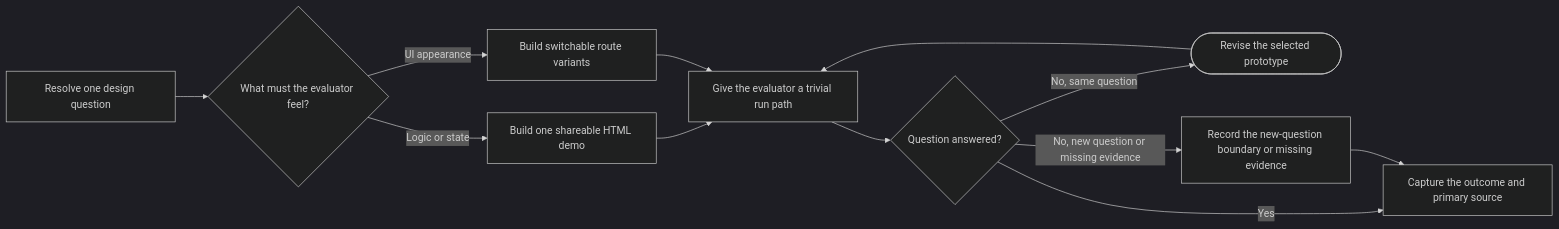
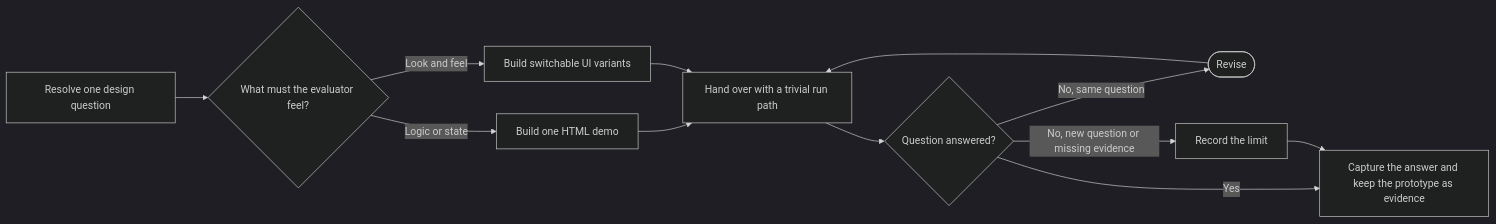
The diagram in plugin/skills/ptlam-prototyping/SKILL.md (fam-tung-lam/ptlam-agent-plugin), drawn with Mermaid (dark theme) before and after one commit. The commit also changed other lines of this file and 1734 other files, not shown here.

````diff
--- a/plugin/skills/ptlam-prototyping/SKILL.md
+++ b/plugin/skills/ptlam-prototyping/SKILL.md
@@ -17,14 +15,14 @@
 ```mermaid
 flowchart LR
     ResolveQuestion["Resolve one design question"] --> ChooseBranch{"What must the evaluator feel?"}
-    ChooseBranch -->|"Logic or state"| BuildLogic["Build one shareable HTML demo"]
-    ChooseBranch -->|"UI appearance"| BuildUiVariants["Build switchable route variants"]
-    BuildLogic --> HandOver["Give the evaluator a trivial run path"]
+    ChooseBranch -->|"Logic or state"| BuildLogic["Build one HTML demo"]
+    ChooseBranch -->|"Look and feel"| BuildUiVariants["Build switchable UI variants"]
+    BuildLogic --> HandOver["Hand over with a trivial run path"]
     BuildUiVariants --> HandOver
     HandOver --> QuestionAnswered{"Question answered?"}
-    QuestionAnswered -->|"Yes"| CaptureOutcome["Capture the outcome and primary source"]
-    QuestionAnswered -->|"No, same question"| RevisePrototype(["Revise the selected prototype"])
-    QuestionAnswered -->|"No, new question or missing evidence"| RecordLimit["Record the new-question boundary or missing evidence"]
+    QuestionAnswered -->|"Yes"| CaptureOutcome["Capture the answer and keep the prototype as evidence"]
+    QuestionAnswered -->|"No, same question"| RevisePrototype(["Revise"])
+    QuestionAnswered -->|"No, new question or missing evidence"| RecordLimit["Record the limit"]
     RevisePrototype --> HandOver
     RecordLimit --> CaptureOutcome
 ```
````
